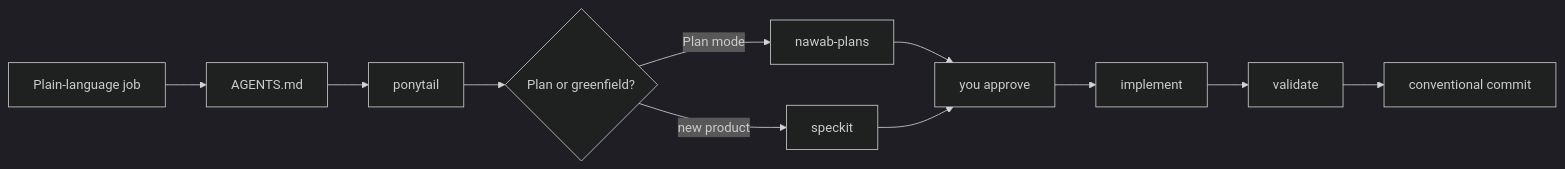
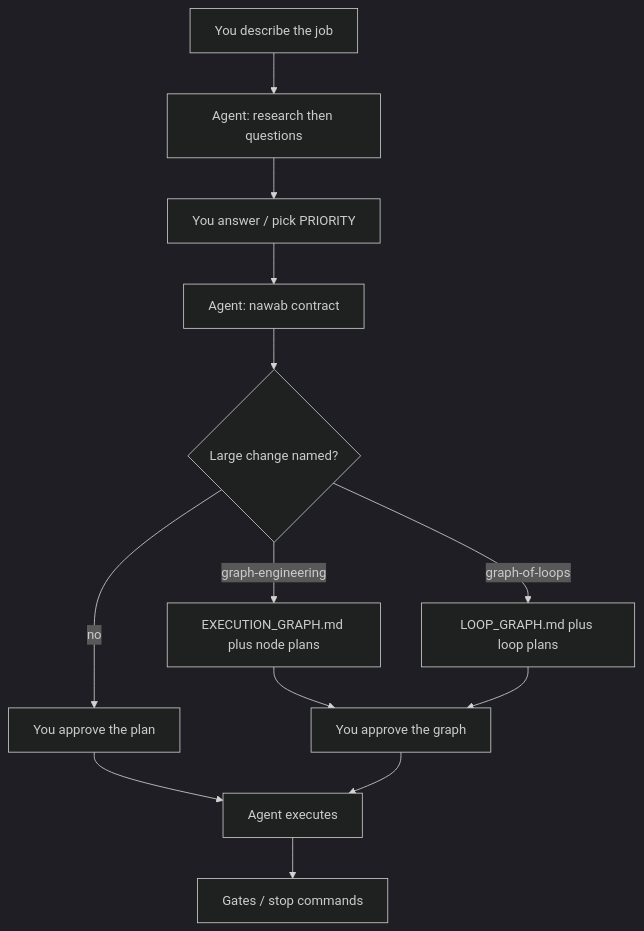
One commit to Vinayak-RZ/cursor-config-coding changed the diagram in README.md. Above: the diagram before and after it, drawn with Mermaid (dark theme). The commit also changed other lines of this file, not shown here.

````diff
--- a/README.md
+++ b/README.md
@@ -102,13 +61,15 @@
 ```mermaid
-flowchart LR
-  A[Plain-language job] --> B[AGENTS.md]
-  B --> C[ponytail]
-  C --> D{Plan or greenfield?}
-  D -->|Plan mode| E[nawab-plans]
-  D -->|new product| F[speckit]
-  E --> G[you approve]
-  F --> G
-  G --> H[implement]
-  H --> I[validate]
-  I --> J[conventional commit]
+flowchart TD
+  J[You describe the job] --> G0[Agent: research then questions]
+  G0 --> H1[You answer / pick PRIORITY]
+  H1 --> P[Agent: nawab contract]
+  P --> X{Large change named?}
+  X -->|no| A1[You approve the plan]
+  X -->|graph-engineering| GE[EXECUTION_GRAPH.md plus node plans]
+  X -->|graph-of-loops| GL[LOOP_GRAPH.md plus loop plans]
+  GE --> A2[You approve the graph]
+  GL --> A2
+  A1 --> E[Agent executes]
+  A2 --> E
+  E --> K[Gates / stop commands]
 ```
````
